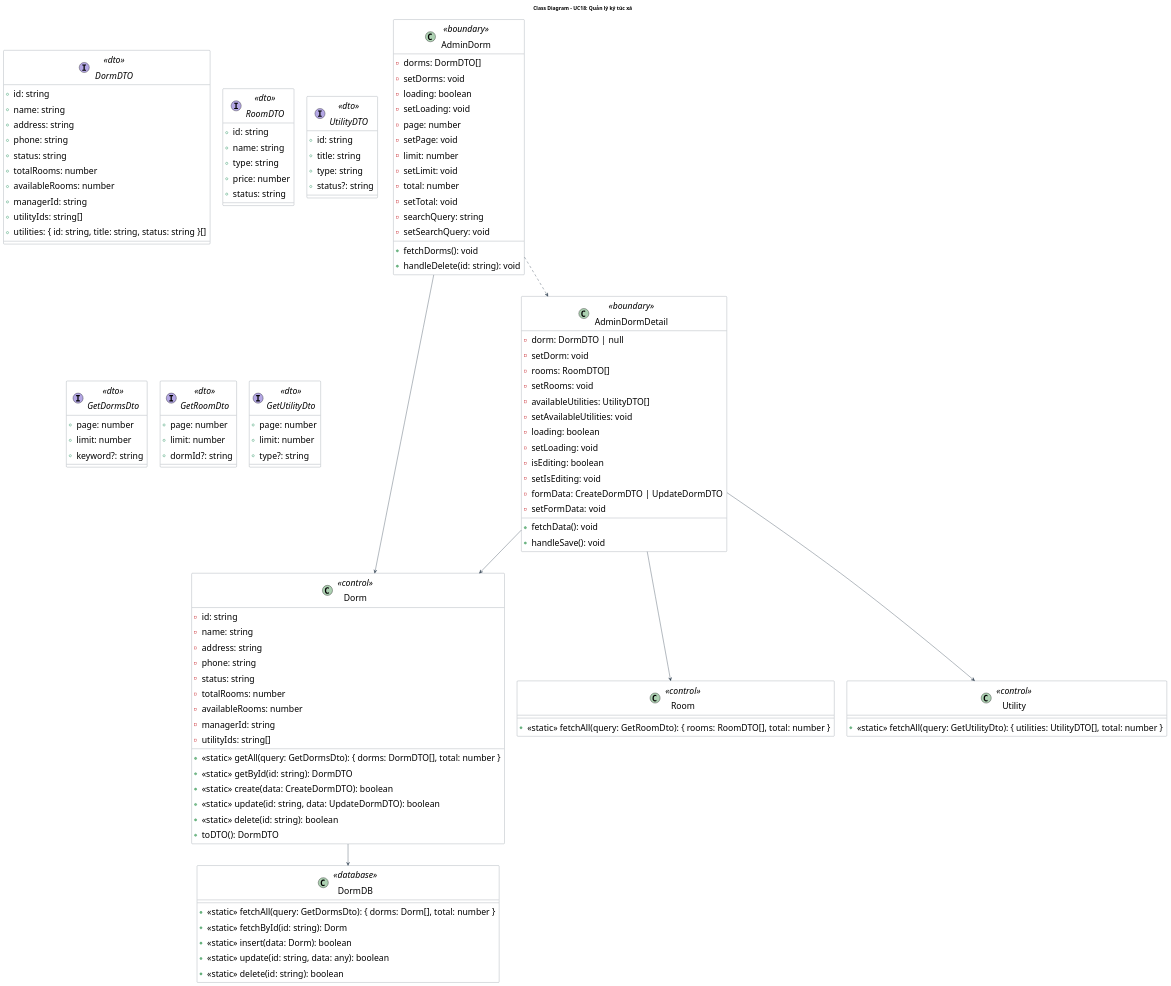
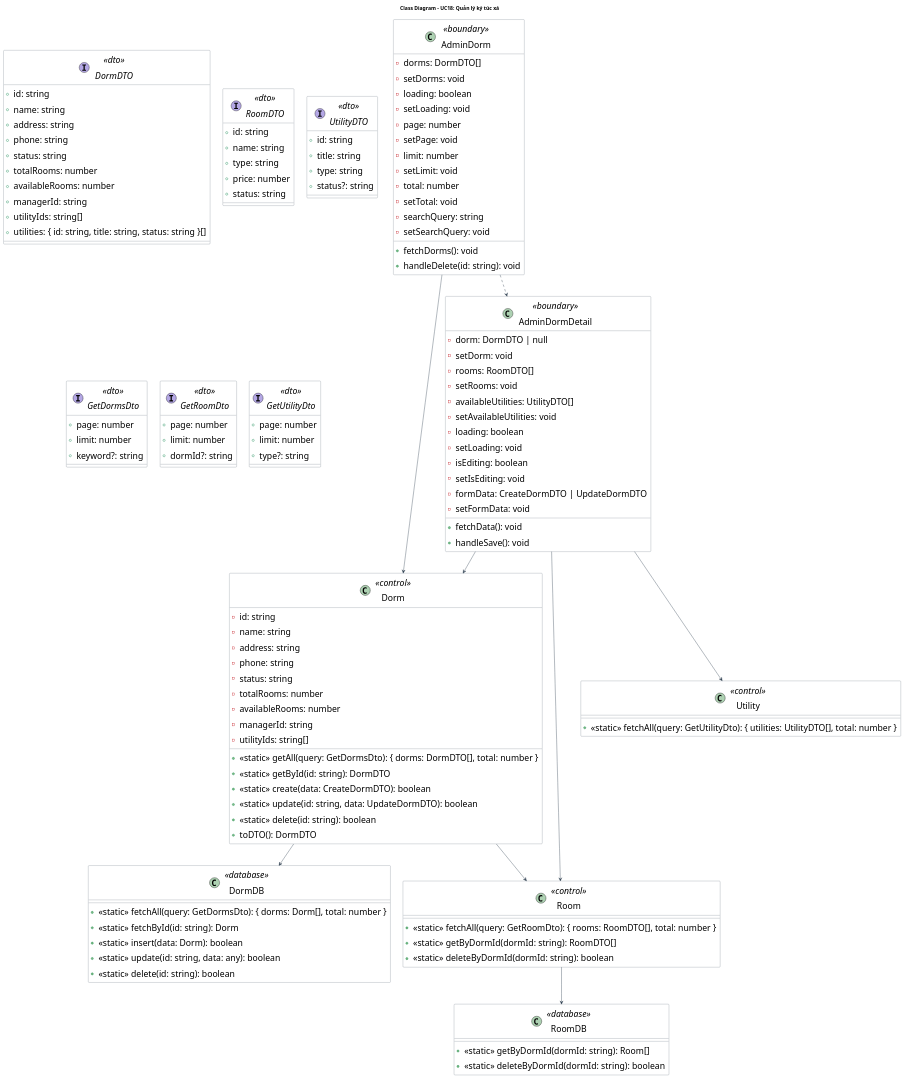
One commit to Gnourt812005/HCMUS-Analyze-and-desgin-IS changed the diagram in doc/system/quan_ly_ky_tuc_xa/QuanLyKyTucXa_ClassDiagram.wsd. Above: the diagram before and after it, drawn with PlantUML. The commit also changed 7 other files, not shown here.

Commit message:
truong/code: catch condition in delete dorm/room

```diff
--- a/doc/system/quan_ly_ky_tuc_xa/QuanLyKyTucXa_ClassDiagram.wsd
+++ b/doc/system/quan_ly_ky_tuc_xa/QuanLyKyTucXa_ClassDiagram.wsd
@@ -1,141 +1,151 @@
 @startuml QuanLyKyTucXa_ClassDiagram
 title Class Diagram - UC18: Quản lý ký túc xá
 
 ' --- STYLE CONFIGURATION ---
 skinparam {
     ClassBackgroundColor White
     ClassBorderColor #2D3E50
     ArrowColor #2D3E50
     DefaultFontName "Arial"
     DefaultFontSize 24
     Padding 5
 }
 
 ' --- BOUNDARY LAYER ---
 class "AdminDorm" <<boundary>> {
     - dorms: DormDTO[]
     - setDorms: void
     - loading: boolean
     - setLoading: void
     - page: number
     - setPage: void
     - limit: number
     - setLimit: void
     - total: number
     - setTotal: void
     - searchQuery: string
     - setSearchQuery: void
     + fetchDorms(): void
     + handleDelete(id: string): void
 }
 
 class "AdminDormDetail" <<boundary>> {
     - dorm: DormDTO | null
     - setDorm: void
     - rooms: RoomDTO[]
     - setRooms: void
     - availableUtilities: UtilityDTO[]
     - setAvailableUtilities: void
     - loading: boolean
     - setLoading: void
     - isEditing: boolean
     - setIsEditing: void
     - formData: CreateDormDTO | UpdateDormDTO
     - setFormData: void
     + fetchData(): void
     + handleSave(): void
 }
 
 ' --- DTO LAYER ---
 interface "DormDTO" <<dto>> {
     + id: string
     + name: string
     + address: string
     + phone: string
     + status: string
     + totalRooms: number
     + availableRooms: number
     + managerId: string
     + utilityIds: string[]
     + utilities: { id: string, title: string, status: string }[]
 }
 
 interface "RoomDTO" <<dto>> {
     + id: string
     + name: string
     + type: string
     + price: number
     + status: string
 }
 
 interface "UtilityDTO" <<dto>> {
     + id: string
     + title: string
     + type: string
     + status?: string
 }
 
 interface "GetDormsDto" <<dto>> {
     + page: number
     + limit: number
     + keyword?: string
 }
 
 interface "GetRoomDto" <<dto>> {
     + page: number
     + limit: number
     + dormId?: string
 }
 
 interface "GetUtilityDto" <<dto>> {
     + page: number
     + limit: number
     + type?: string
 }
 
 ' --- BUSINESS LAYER ---
 class "Dorm" <<control>> {
     - id: string
     - name: string
     - address: string
     - phone: string
     - status: string
     - totalRooms: number
     - availableRooms: number
     - managerId: string
     - utilityIds: string[]
     + <<static>> getAll(query: GetDormsDto): { dorms: DormDTO[], total: number }
     + <<static>> getById(id: string): DormDTO
     + <<static>> create(data: CreateDormDTO): boolean
     + <<static>> update(id: string, data: UpdateDormDTO): boolean
     + <<static>> delete(id: string): boolean
     + toDTO(): DormDTO
 }
 
 class "Room" <<control>> {
     + <<static>> fetchAll(query: GetRoomDto): { rooms: RoomDTO[], total: number }
+    + <<static>> getByDormId(dormId: string): RoomDTO[]
+    + <<static>> deleteByDormId(dormId: string): boolean
 }
 
 class "Utility" <<control>> {
     + <<static>> fetchAll(query: GetUtilityDto): { utilities: UtilityDTO[], total: number }
 }
 
 
 ' --- DATABASE LAYER ---
 class "DormDB" <<database>> {
     + <<static>> fetchAll(query: GetDormsDto): { dorms: Dorm[], total: number }
     + <<static>> fetchById(id: string): Dorm
     + <<static>> insert(data: Dorm): boolean
     + <<static>> update(id: string, data: any): boolean
     + <<static>> delete(id: string): boolean
 }
 
+class "RoomDB" <<database>> {
+    + <<static>> getByDormId(dormId: string): Room[]
+    + <<static>> deleteByDormId(dormId: string): boolean
+}
+
+
 ' --- RELATIONSHIPS ---
 AdminDorm --> Dorm
 AdminDormDetail --> Dorm
 AdminDormDetail --> Room
 AdminDormDetail --> Utility
 Dorm --> DormDB
 AdminDorm ..> AdminDormDetail
+Room --> RoomDB
+Dorm --> Room
 
 @enduml
```
